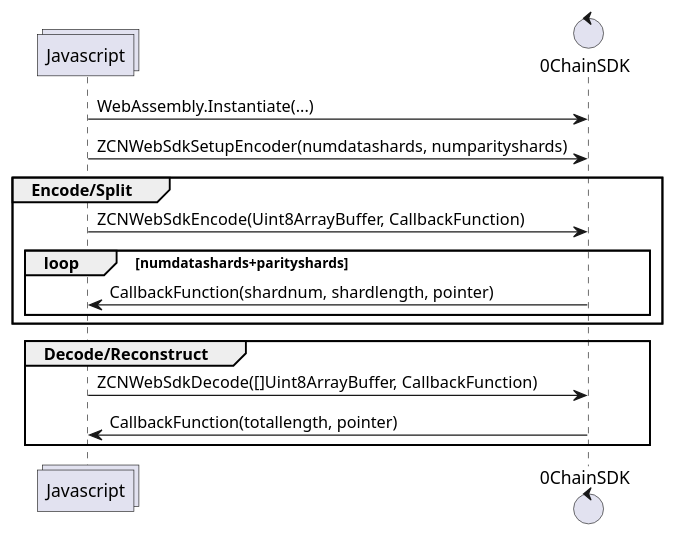
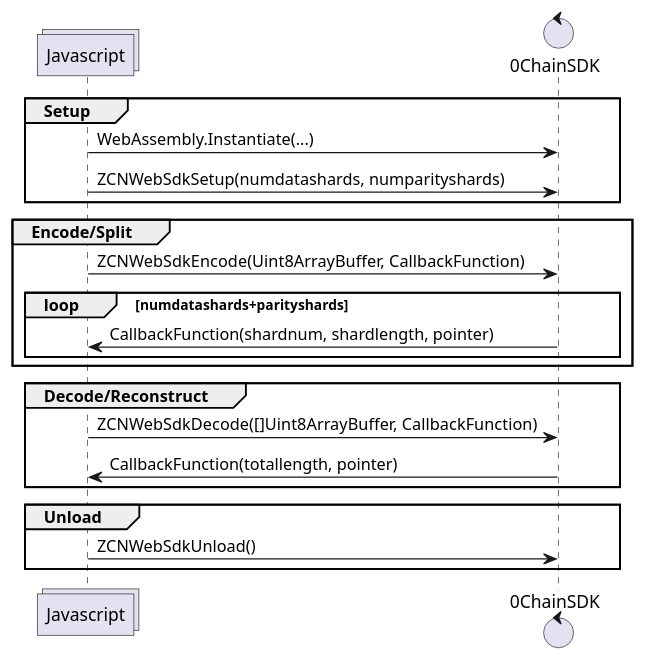
Before and after one commit to 0chain/blobber: the diagram in code/go/src/0chain.net/websdk/websdk.plantuml, drawn with PlantUML. The commit also changed 3 other files, not shown here.

```diff
--- a/code/go/src/0chain.net/websdk/websdk.plantuml
+++ b/code/go/src/0chain.net/websdk/websdk.plantuml
@@ -1,16 +1,21 @@
 @startuml
 collections Javascript
 control 0ChainSDK
-Javascript->0ChainSDK: WebAssembly.Instantiate(...)
-Javascript->0ChainSDK: ZCNWebSdkSetupEncoder(numdatashards, numparityshards)
+group Setup
+    Javascript->0ChainSDK: WebAssembly.Instantiate(...)
+    Javascript->0ChainSDK: ZCNWebSdkSetup(numdatashards, numparityshards)
+end
 group Encode/Split
     Javascript->0ChainSDK: ZCNWebSdkEncode(Uint8ArrayBuffer, CallbackFunction)
     loop numdatashards+parityshards
         0ChainSDK->Javascript: CallbackFunction(shardnum, shardlength, pointer)
     end
 end
 group Decode/Reconstruct
     Javascript->0ChainSDK: ZCNWebSdkDecode([]Uint8ArrayBuffer, CallbackFunction)
     0ChainSDK->Javascript: CallbackFunction(totallength, pointer)
 end
+group Unload
+    Javascript->0ChainSDK: ZCNWebSdkUnload()
+end 
 @enduml
```
